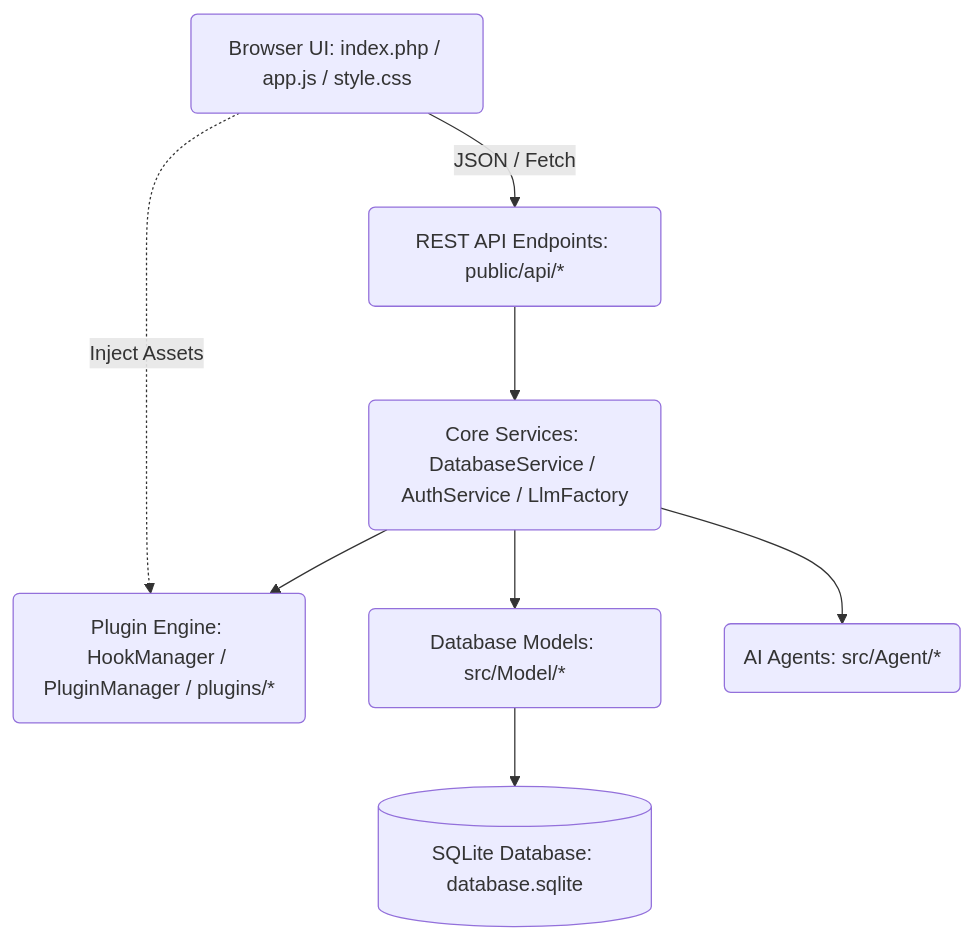
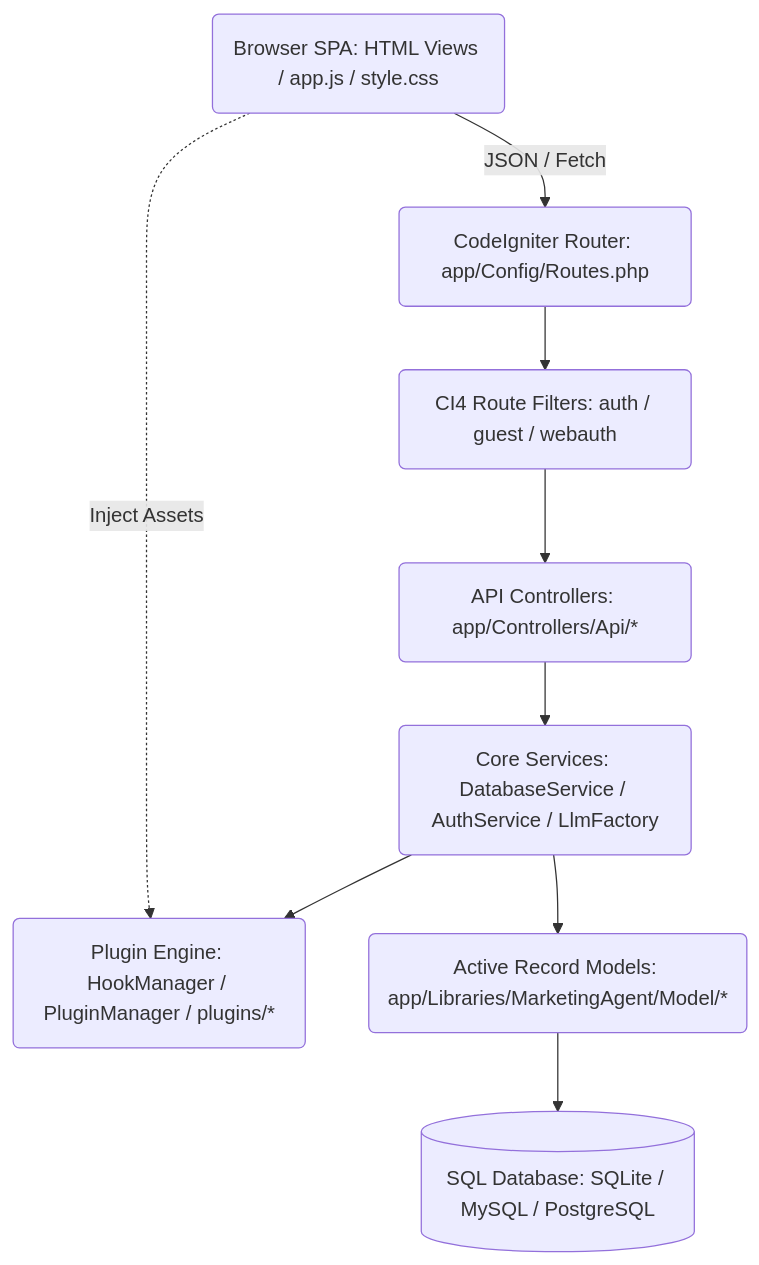
Before and after one commit to imshibaji/marketing-agentic-ai: the diagram in docs/developer_documentation.md, drawn with Mermaid. The commit also changed other lines of this file and 7 other files, not shown here.

````diff
--- a/docs/developer_documentation.md
+++ b/docs/developer_documentation.md
@@ -11,18 +11,20 @@
 ```mermaid
 graph TD
-    Client(Browser UI: index.php / app.js / style.css)
-    API(REST API Endpoints: public/api/*)
+    Client(Browser SPA: HTML Views / app.js / style.css)
+    Router(CodeIgniter Router: app/Config/Routes.php)
+    Filters(CI4 Route Filters: auth / guest / webauth)
+    Controllers(API Controllers: app/Controllers/Api/*)
     Services(Core Services: DatabaseService / AuthService / LlmFactory)
     Plugins(Plugin Engine: HookManager / PluginManager / plugins/*)
-    Models(Database Models: src/Model/*)
-    Agents(AI Agents: src/Agent/*)
-    SQLite[(SQLite Database: database.sqlite)]
+    Models(Active Record Models: app/Libraries/MarketingAgent/Model/*)
+    Database[(SQL Database: SQLite / MySQL / PostgreSQL)]
 
-    Client -->|JSON / Fetch| API
-    API --> Services
+    Client -->|JSON / Fetch| Router
+    Router --> Filters
+    Filters --> Controllers
+    Controllers --> Services
     Client -.->|Inject Assets| Plugins
     Services --> Plugins
     Services --> Models
-    Services --> Agents
-    Models --> SQLite
+    Models --> Database
 ```
````
